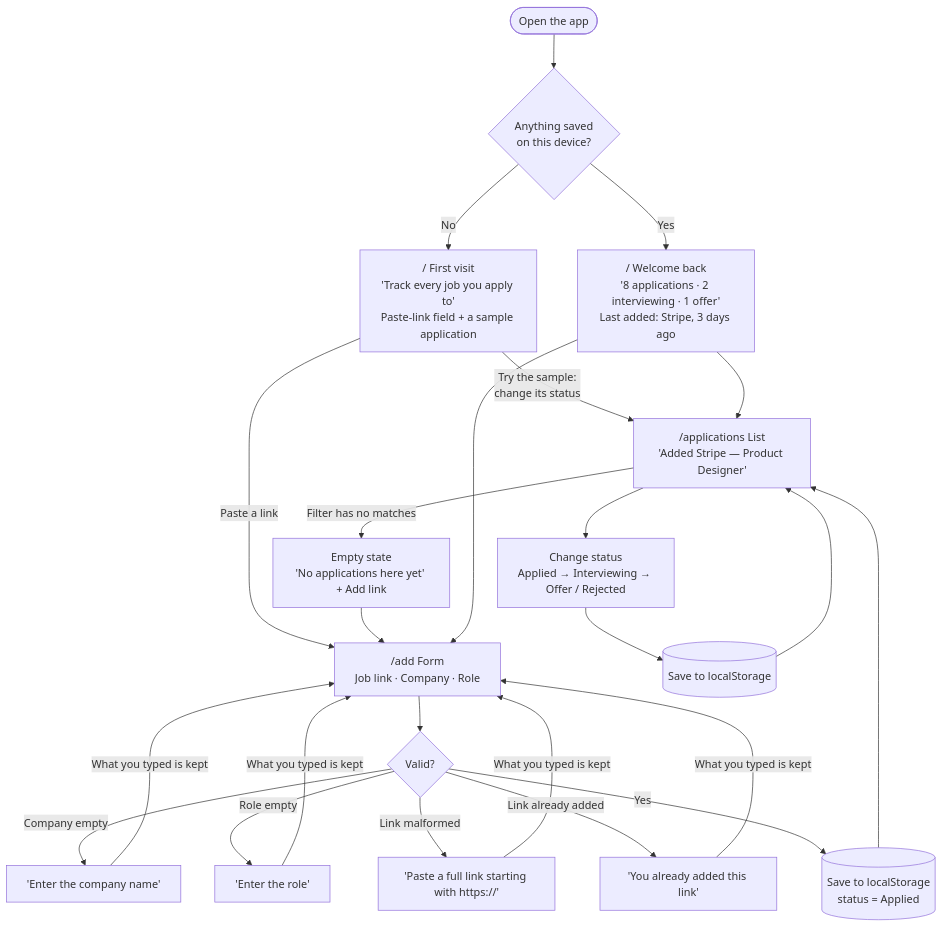
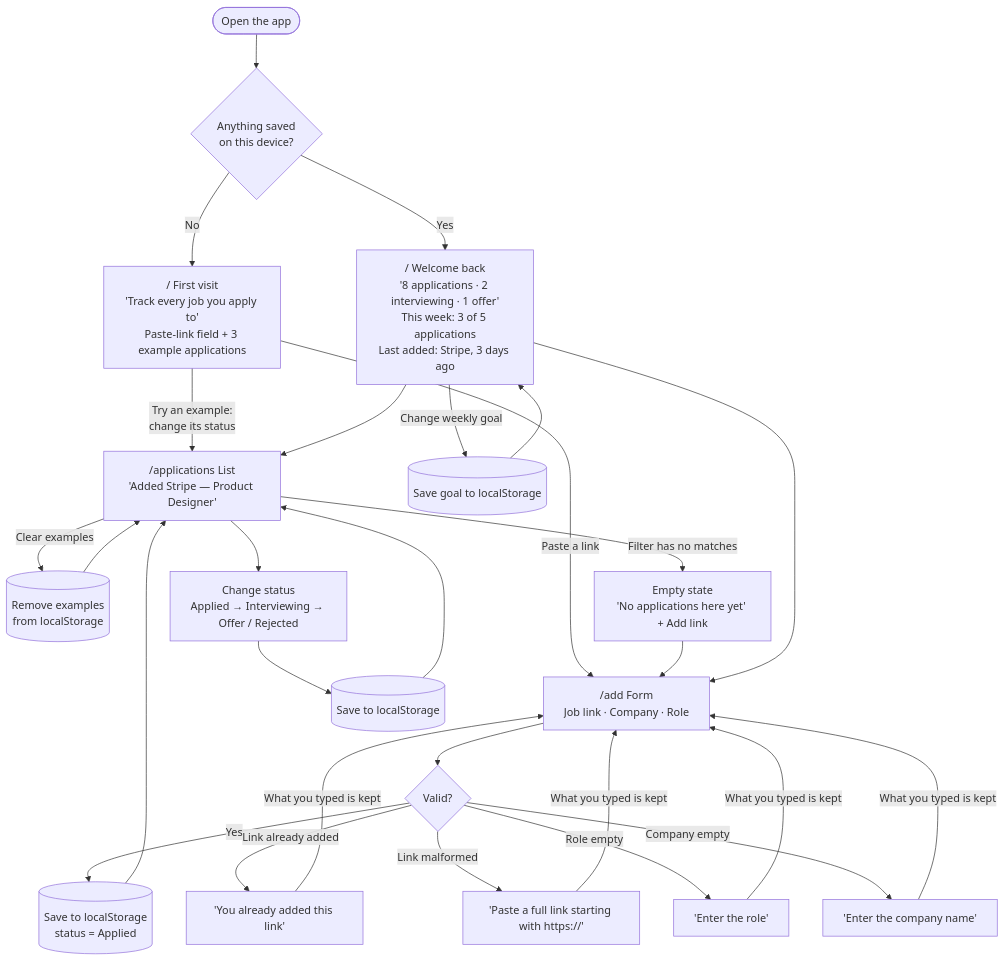
The diagram in README.md (chentejung/mpcs_design_build_ship_3), drawn with Mermaid before and after one commit. The commit also changed other lines of this file and 1 other file, not shown here.

Commit message:
Add onboarding research and choose sample jobs and weekly goal

````diff
--- a/README.md
+++ b/README.md
@@ -13,31 +13,35 @@
 ```mermaid
 flowchart TD
     Start(["Open the app"]) --> Saved{"Anything saved<br/>on this device?"}
 
     %% 1. First visit
-    Saved -- No --> First["/ First visit<br/>'Track every job you apply to'<br/>Paste-link field + a sample application"]
-    First -- "Try the sample:<br/>change its status" --> List
+    Saved -- No --> First["/ First visit<br/>'Track every job you apply to'<br/>Paste-link field + 3 example applications"]
+    First -- "Try an example:<br/>change its status" --> List
+    List -- "Clear examples" --> ClearEx[("Remove examples<br/>from localStorage")]
+    ClearEx --> List
     First -- "Paste a link" --> Form
 
     %% 2. The form and its errors
     Form["/add Form<br/>Job link · Company · Role"] --> Submit{"Valid?"}
     Submit -- "Company empty" --> ErrCompany["'Enter the company name'"]
     Submit -- "Role empty" --> ErrRole["'Enter the role'"]
     Submit -- "Link malformed" --> ErrLink["'Paste a full link starting with https://'"]
     Submit -- "Link already added" --> ErrDup["'You already added this link'"]
     ErrCompany & ErrRole & ErrLink & ErrDup -- "What you typed is kept" --> Form
     Submit -- Yes --> Save[("Save to localStorage<br/>status = Applied")]
     Save --> List
 
     %% 3. It's on my list
     List["/applications List<br/>'Added Stripe — Product Designer'"] --> Status["Change status<br/>Applied → Interviewing → Offer / Rejected"]
     Status --> SaveStatus[("Save to localStorage")]
     SaveStatus --> List
     List -- "Filter has no matches" --> Empty["Empty state<br/>'No applications here yet' + Add link"]
     Empty --> Form
 
     %% 4. Coming back
-    Saved -- Yes --> Welcome["/ Welcome back<br/>'8 applications · 2 interviewing · 1 offer'<br/>Last added: Stripe, 3 days ago"]
+    Saved -- Yes --> Welcome["/ Welcome back<br/>'8 applications · 2 interviewing · 1 offer'<br/>This week: 3 of 5 applications<br/>Last added: Stripe, 3 days ago"]
+    Welcome -- "Change weekly goal" --> Goal[("Save goal to localStorage")]
+    Goal --> Welcome
     Welcome --> List
     Welcome --> Form
 ```
````
